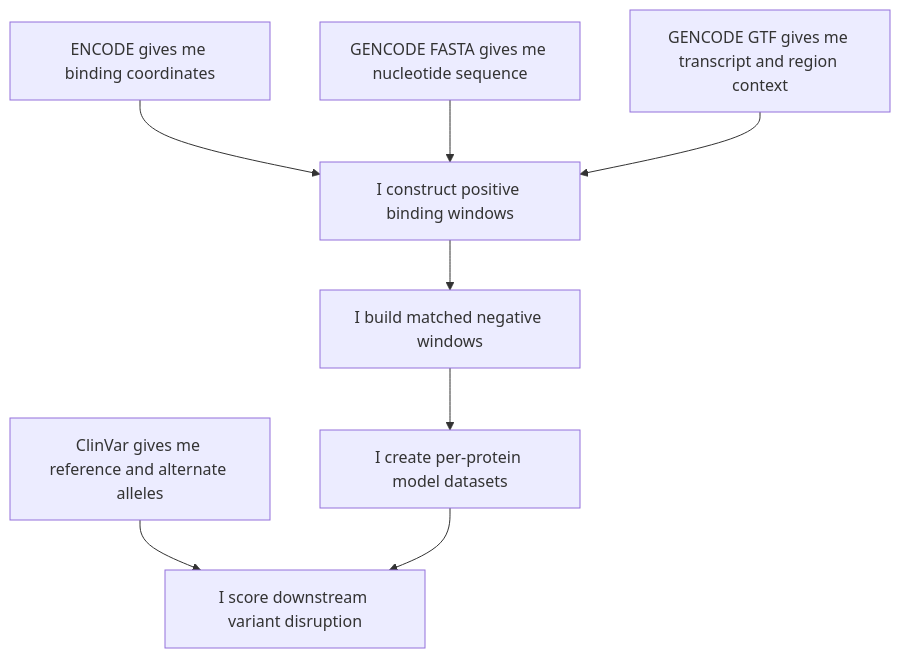
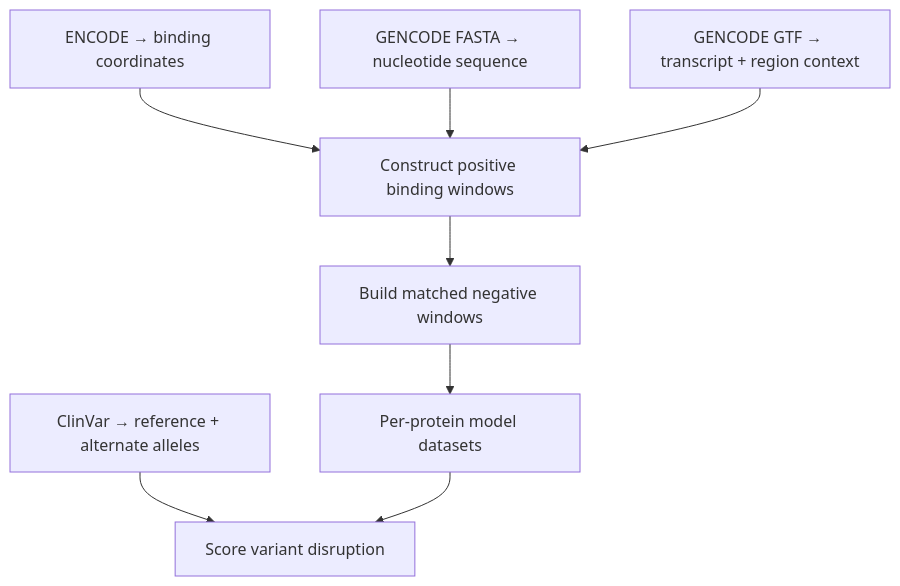
The third of 25 diagrams in README.md (NirmalKumar31/rbp-binding), drawn with Mermaid before and after one commit. The commit also changed other lines of this file, not shown here.

Commit message:
docs: neutralize first-person voice inside mermaid diagram labels

````diff
--- a/README.md
+++ b/README.md
@@ -171,10 +171,10 @@
 ```mermaid
 flowchart TD
-    A["ENCODE gives me binding coordinates"] --> D["I construct positive binding windows"]
-    B["GENCODE FASTA gives me nucleotide sequence"] --> D
-    C["GENCODE GTF gives me transcript and region context"] --> D
-    D --> E["I build matched negative windows"]
-    E --> F["I create per-protein model datasets"]
-    G["ClinVar gives me reference and alternate alleles"] --> H["I score downstream variant disruption"]
+    A["ENCODE → binding coordinates"] --> D["Construct positive binding windows"]
+    B["GENCODE FASTA → nucleotide sequence"] --> D
+    C["GENCODE GTF → transcript + region context"] --> D
+    D --> E["Build matched negative windows"]
+    E --> F["Per-protein model datasets"]
+    G["ClinVar → reference + alternate alleles"] --> H["Score variant disruption"]
     F --> H
 ```
````
